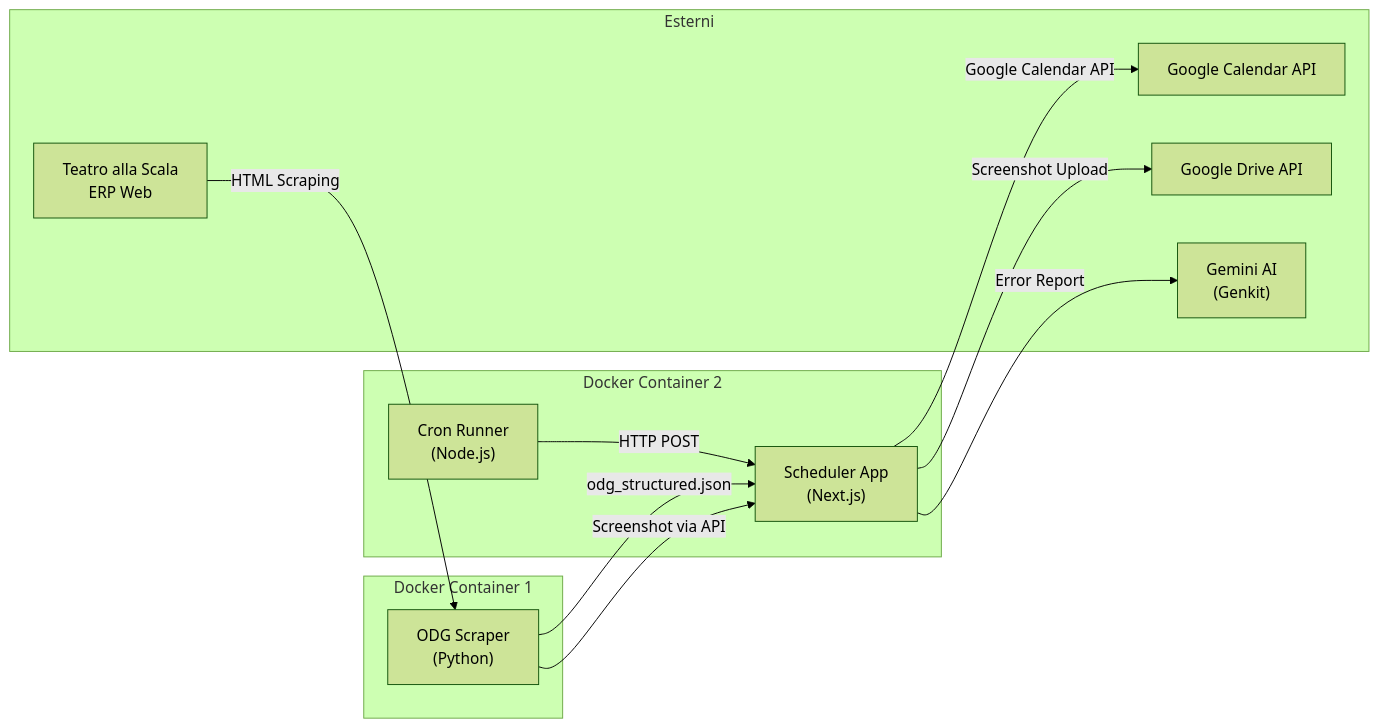
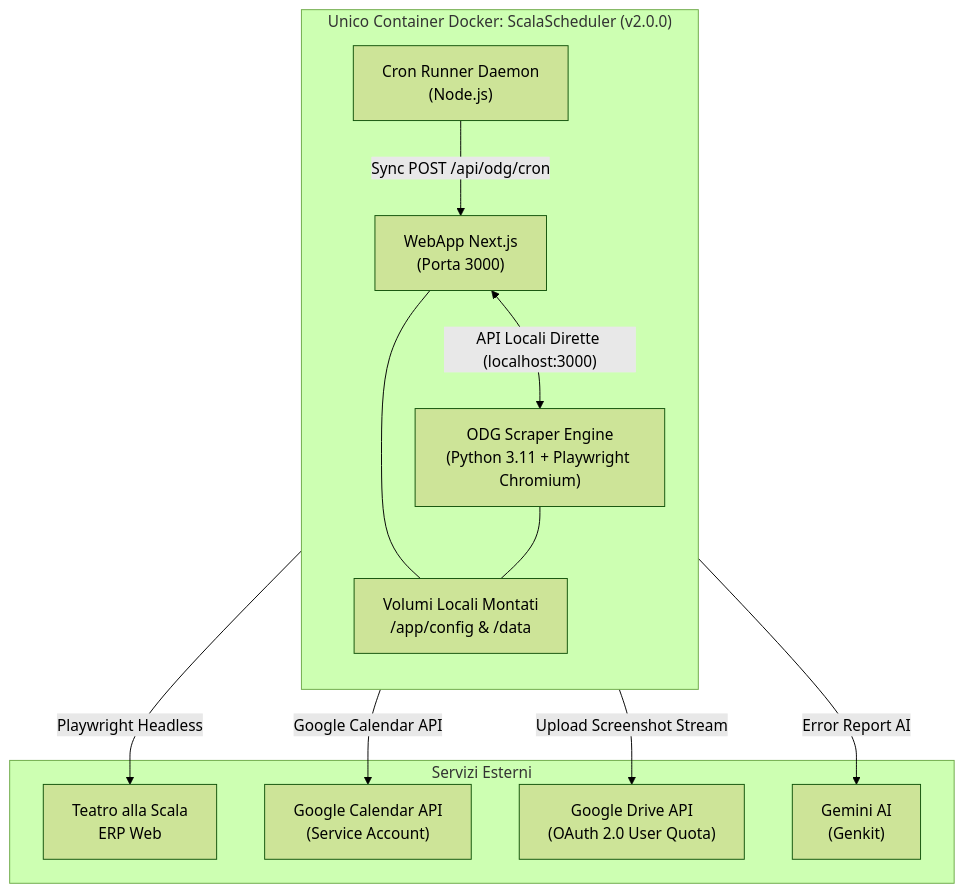
Before and after one commit to ciacky85/ScalaScheduler: the first of 3 diagrams in ANALISI_TECNICA.md, drawn with Mermaid (forest theme). The commit also changed other lines of this file and 3 other files, not shown here.

Commit message:
docs: update all markdown documentation for v2.0.0 unified single-container architecture

````diff
--- a/ANALISI_TECNICA.md
+++ b/ANALISI_TECNICA.md
@@ -15,24 +15,27 @@
 ```mermaid
-graph LR
-    subgraph "Docker Container 1"
-        A["ODG Scraper<br/>(Python)"]
-    end
-    subgraph "Docker Container 2"
-        B["Scheduler App<br/>(Next.js)"]
-        C["Cron Runner<br/>(Node.js)"]
-    end
-    subgraph "Esterni"
-        D["Teatro alla Scala<br/>ERP Web"]
-        E["Google Calendar API"]
-        F["Gemini AI<br/>(Genkit)"]
-        G["Google Drive API"]
+graph TD
+    subgraph "Unico Container Docker: ScalaScheduler (v2.0.0)"
+        direction TB
+        A["WebApp Next.js<br/>(Porta 3000)"]
+        B["ODG Scraper Engine<br/>(Python 3.11 + Playwright Chromium)"]
+        C["Cron Runner Daemon<br/>(Node.js)"]
+        D["Volumi Locali Montati<br/>/app/config & /data"]
+
+        A <-->|"API Locali Dirette (localhost:3000)"| B
+        C -->|"Sync POST /api/odg/cron"| A
+        A --- D
+        B --- D
     end
 
-    D -->|"HTML Scraping"| A
-    A -->|"odg_structured.json"| B
-    B -->|"Google Calendar API"| E
-    B -->|"Screenshot Upload"| G
-    B -->|"Error Report"| F
-    C -->|"HTTP POST"| B
-    A -->|"Screenshot via API"| B
+    subgraph "Servizi Esterni"
+        E["Teatro alla Scala<br/>ERP Web"]
+        F["Google Calendar API<br/>(Service Account)"]
+        G["Google Drive API<br/>(OAuth 2.0 User Quota)"]
+        H["Gemini AI<br/>(Genkit)"]
+    end
+
+    B -->|"Playwright Headless"| E
+    A -->|"Google Calendar API"| F
+    A -->|"Upload Screenshot Stream"| G
+    A -->|"Error Report AI"| H
 ```
````
